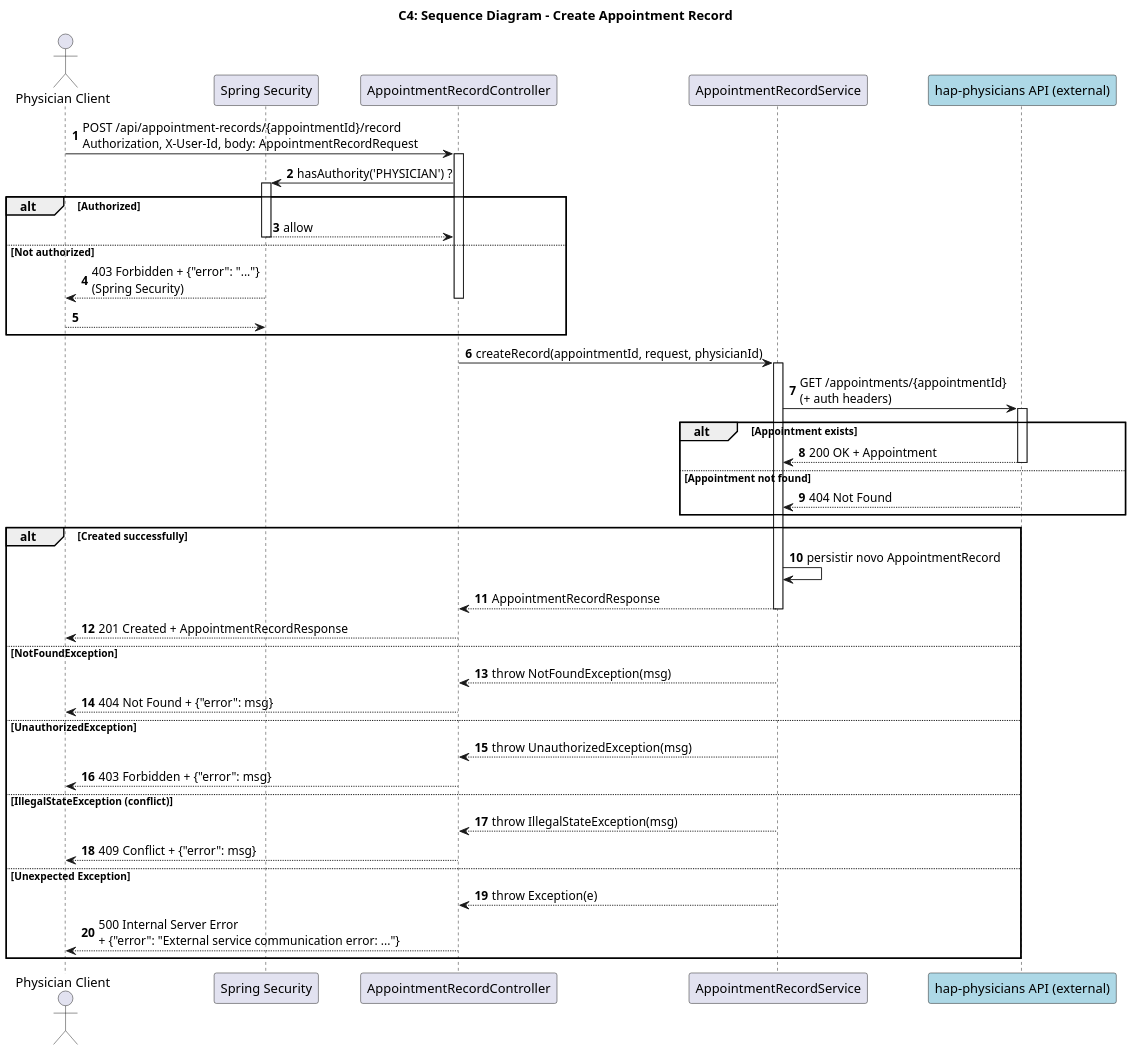
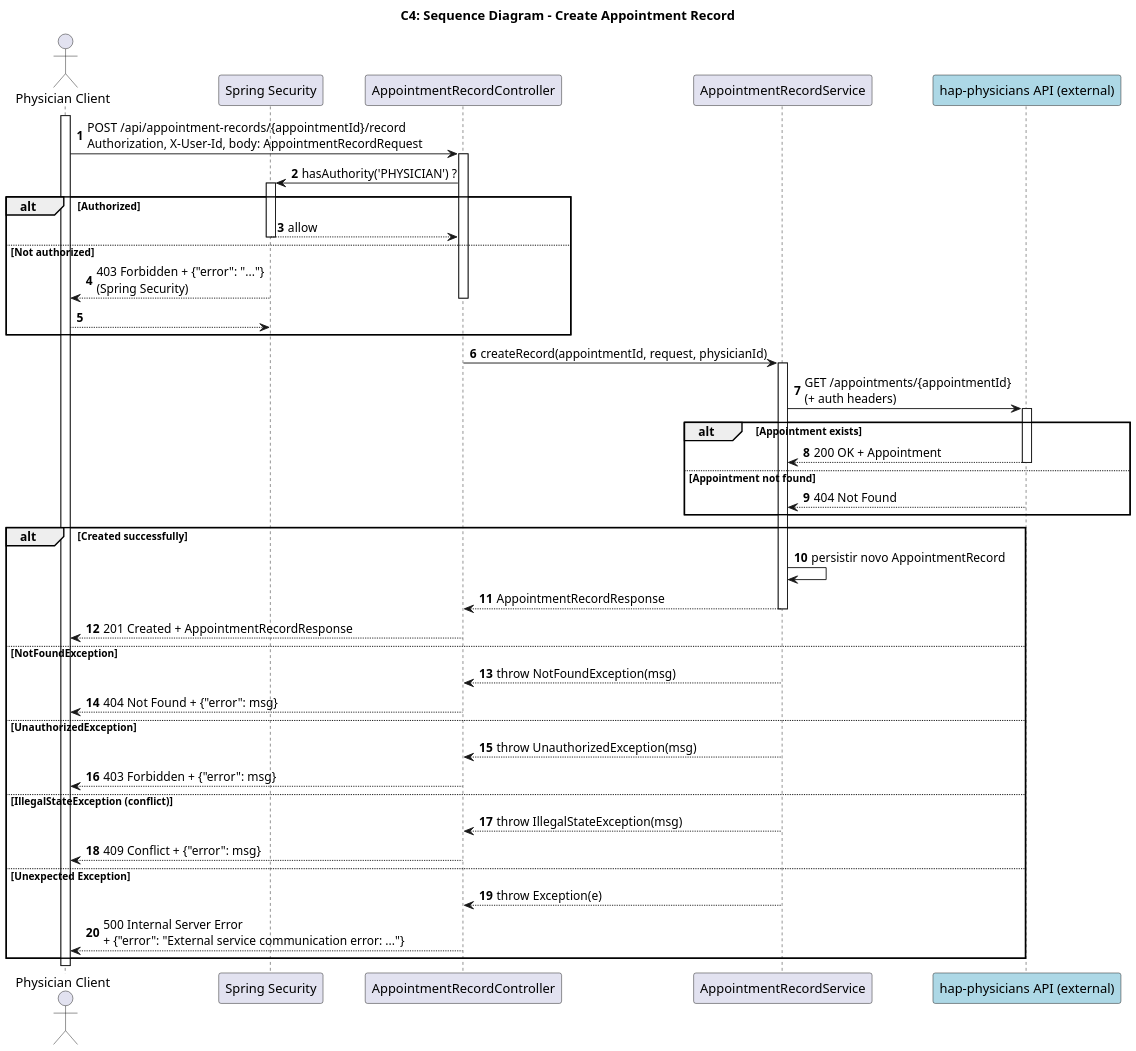
Before and after one commit to pedrods05/LETI_SIDIS_3DA_6: the diagram in DOCS/C4+1/C4+1-CreateAppointmentRecord-Sequence.puml, drawn with PlantUML. The commit also changed 12 other files, not shown here.

Commit message:
ajustes diagramas

```diff
--- a/DOCS/C4+1/C4+1-CreateAppointmentRecord-Sequence.puml
+++ b/DOCS/C4+1/C4+1-CreateAppointmentRecord-Sequence.puml
@@ -1,76 +1,76 @@
 @startuml
 ' C4+1 — Create Appointment Record (layered)
 skinparam dpi 150
 skinparam shadowing false
 skinparam DefaultFontName Arial
 
 title C4: Sequence Diagram - Create Appointment Record
 
 actor "Physician Client" as C
 participant "Spring Security" as SEC
 participant "AppointmentRecordController" as ARC
 participant "AppointmentRecordService" as ARS
 participant "hap-physicians API (external)" as HPHY #lightblue
 
 autonumber
-
+activate C
 ' ---- Request & Security Gate ----
 C -> ARC : POST /api/appointment-records/{appointmentId}/record\nAuthorization, X-User-Id, body: AppointmentRecordRequest
 activate ARC
 ARC -> SEC : hasAuthority('PHYSICIAN') ?
 activate SEC
 alt Authorized
   SEC --> ARC : allow
   deactivate SEC
 else Not authorized
   SEC --> C : 403 Forbidden + {"error": "..."}\n(Spring Security)
   deactivate SEC
   deactivate ARC
   return
 end
 
 ' ---- Controller -> Service ----
 ARC -> ARS : createRecord(appointmentId, request, physicianId)
 activate ARS
 
 ' ---- External validation step ----
 ARS -> HPHY : GET /appointments/{appointmentId}\n(+ auth headers)
 activate HPHY
 alt Appointment exists
   HPHY --> ARS : 200 OK + Appointment
   deactivate HPHY
 else Appointment not found
   HPHY --> ARS : 404 Not Found
   deactivate HPHY
 end
 
 ' ---- Outcomes mapped às exceções/HTTP do controller ----
 alt Created successfully
   ARS -> ARS : persistir novo AppointmentRecord
   ARS --> ARC : AppointmentRecordResponse
   deactivate ARS
   ARC --> C : 201 Created + AppointmentRecordResponse
   deactivate ARC
 else NotFoundException
   ARS --> ARC : throw NotFoundException(msg)
   deactivate ARS
   ARC --> C : 404 Not Found + {"error": msg}
   deactivate ARC
 else UnauthorizedException
   ARS --> ARC : throw UnauthorizedException(msg)
   deactivate ARS
   ARC --> C : 403 Forbidden + {"error": msg}
   deactivate ARC
 else IllegalStateException (conflict)
   ARS --> ARC : throw IllegalStateException(msg)
   deactivate ARS
   ARC --> C : 409 Conflict + {"error": msg}
   deactivate ARC
 else Unexpected Exception
   ARS --> ARC : throw Exception(e)
   deactivate ARS
   ARC --> C : 500 Internal Server Error\n+ {"error": "External service communication error: ..."}
   deactivate ARC
 end
 
 @enduml
```
